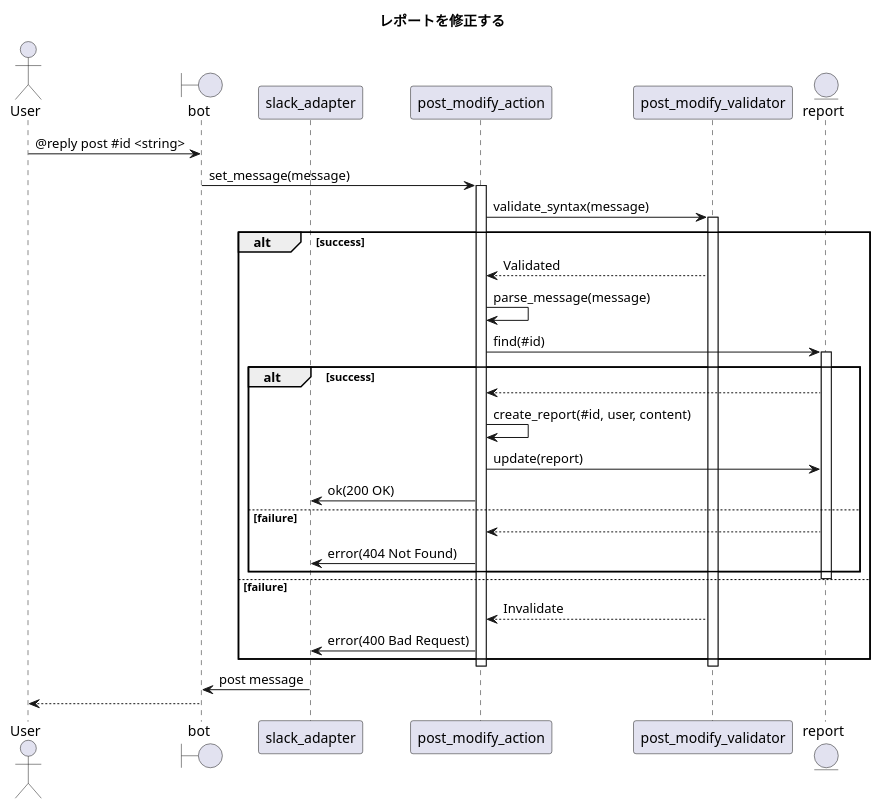
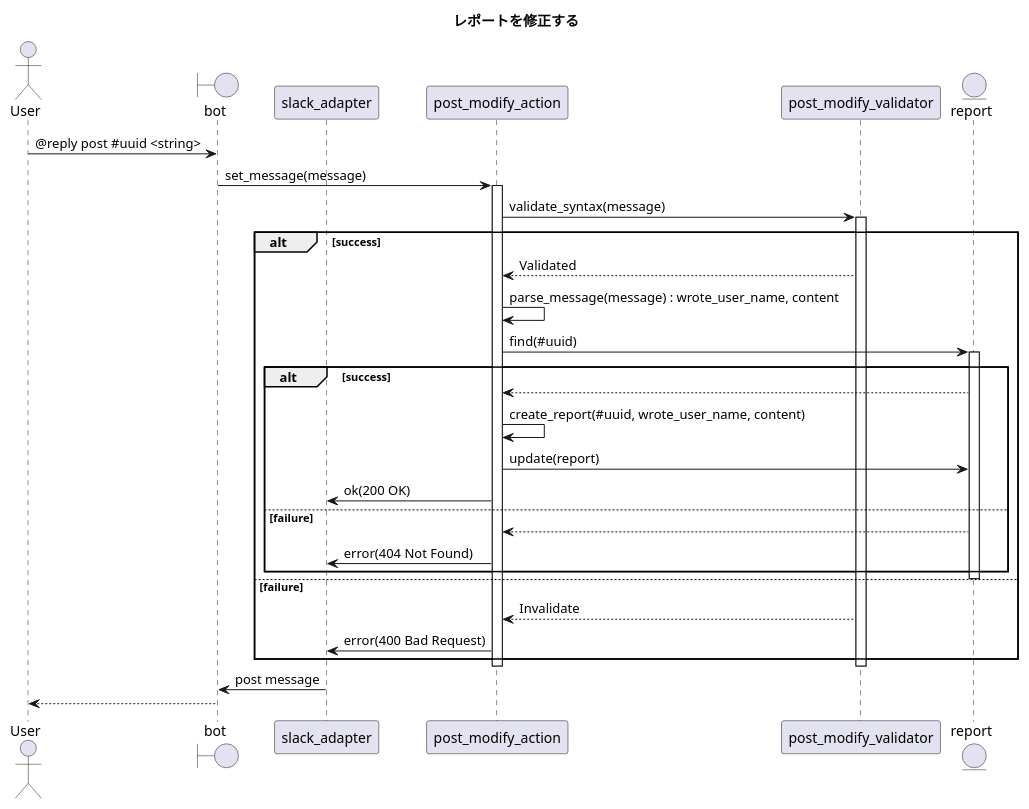
One commit to ito-masam/kpt-guard.doc changed the diagram in 1.design/5.sequences/post-report-modify.md. Above: the diagram before and after it, drawn with PlantUML. The commit also changed 9 other files, not shown here.

```diff
--- a/1.design/5.sequences/post-report-modify.md
+++ b/1.design/5.sequences/post-report-modify.md
@@ -1,44 +1,44 @@
 @startuml
 
     ' ----------- meta
     title レポートを修正する
 
     actor User
     boundary bot
     participant slack_adapter
     participant post_modify_action
     participant post_modify_validator
     entity report
 
     ' ----------- main
-    User -> bot : @reply post #id <string>
+    User -> bot : @reply post #uuid <string>
     bot -> post_modify_action : set_message(message)
     activate post_modify_action
         post_modify_action -> post_modify_validator : validate_syntax(message)
         activate post_modify_validator
             alt success
                 post_modify_validator --> post_modify_action : Validated
-                post_modify_action -> post_modify_action : parse_message(message)
-                post_modify_action -> report : find(#id)
+                post_modify_action -> post_modify_action : parse_message(message) : wrote_user_name, content
+                post_modify_action -> report : find(#uuid)
                 activate report
                     alt success
                         report --> post_modify_action
-                        post_modify_action -> post_modify_action : create_report(#id, user, content)
+                        post_modify_action -> post_modify_action : create_report(#uuid, wrote_user_name, content)
                         post_modify_action -> report : update(report)
                         post_modify_action -> slack_adapter : ok(200 OK)
                     else failure
                         report --> post_modify_action
                         post_modify_action -> slack_adapter : error(404 Not Found)
                     end
                 deactivate report
             else failure
                 ' ----------- alternative
                 post_modify_validator --> post_modify_action : Invalidate
                 post_modify_action -> slack_adapter : error(400 Bad Request)
             end
         deactivate post_modify_validator
     deactivate post_modify_action
     slack_adapter -> bot : post message
     bot --> User
 
 @enduml
```
